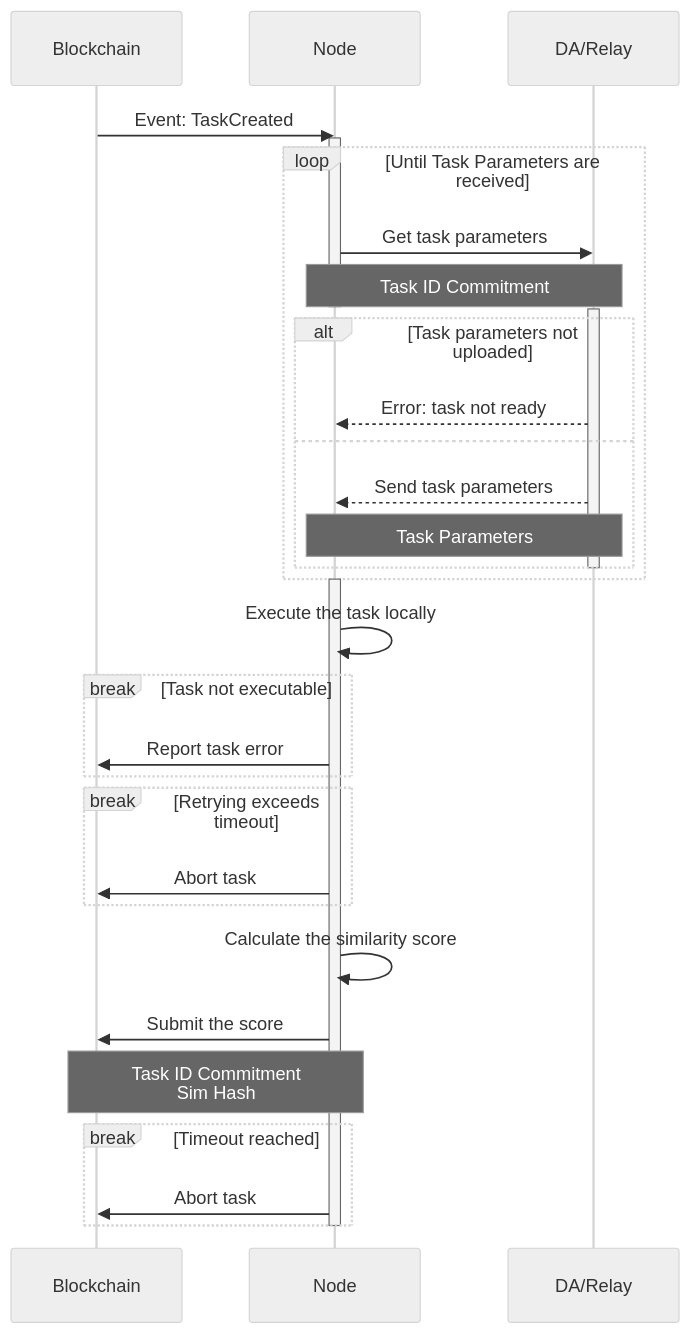
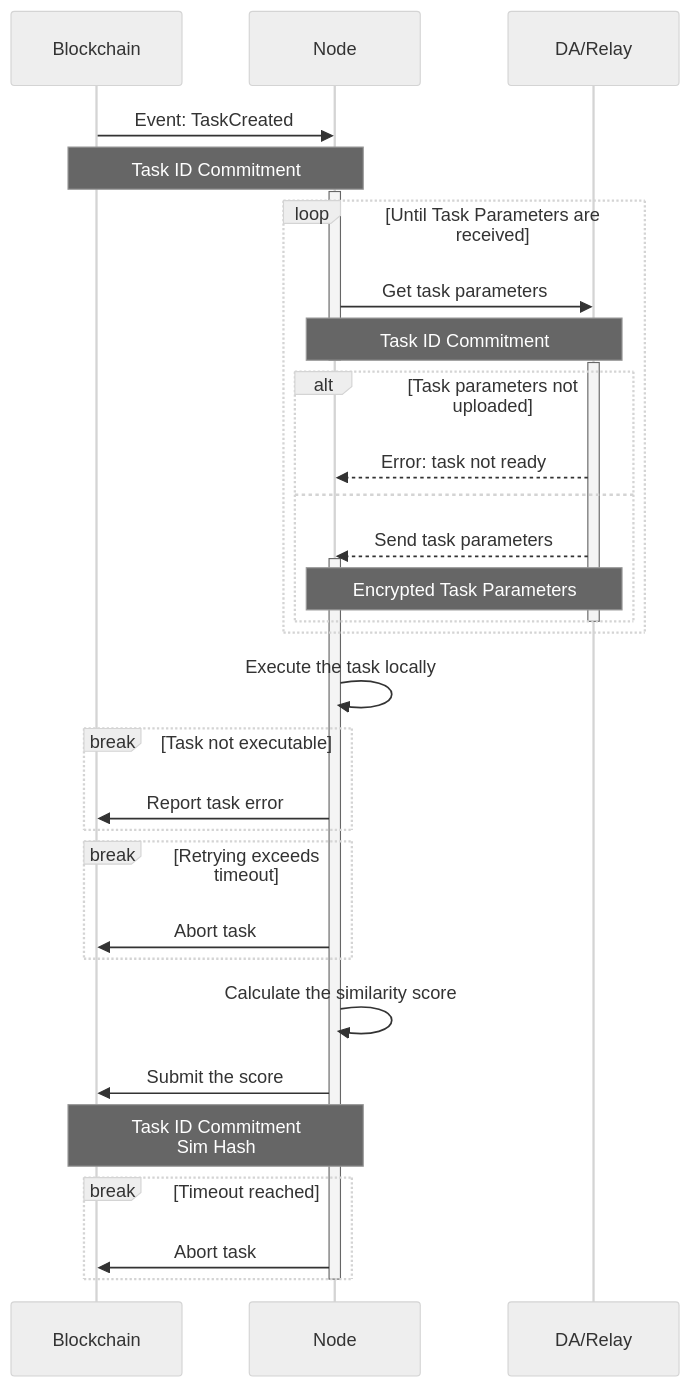
Before and after one commit to crynux-ai/documentation: the second of 2 diagrams in gitbook/system-design/task-lifecycle.md, drawn with Mermaid (neutral theme). The commit also changed other lines of this file, not shown here.

````diff
--- a/gitbook/system-design/task-lifecycle.md
+++ b/gitbook/system-design/task-lifecycle.md
@@ -80,43 +101,45 @@
 ```mermaid
 sequenceDiagram
     Participant B as Blockchain
     Participant N as Node
     Participant R as DA/Relay
 
     B ->> N: Event: TaskCreated
+    Note over B,N: Task ID Commitment
     activate N
     loop Until Task Parameters are received
         N ->> R: Get task parameters
         Note over N,R: Task ID Commitment
         deactivate N
         activate R
         alt Task parameters not uploaded
             R -->> N: Error: task not ready
         else
             R -->> N: Send task parameters
-            Note over N,R: Task Parameters
+            activate N
+            Note over N,R: Encrypted Task Parameters
         end
         deactivate R
     end
-    activate N
+
     N ->> N: Execute the task locally
-    
+
     break Task not executable
         N ->> B: Report task error
     end
 
     break Retrying exceeds timeout
         N ->> B: Abort task
     end
     
     N ->> N: Calculate the similarity score
     N ->> B: Submit the score
     Note over N,B: Task ID Commitment<br/>Sim Hash
 
     break Timeout reached
         N ->> B: Abort task
     end
 
     deactivate N
 
 ```
````
